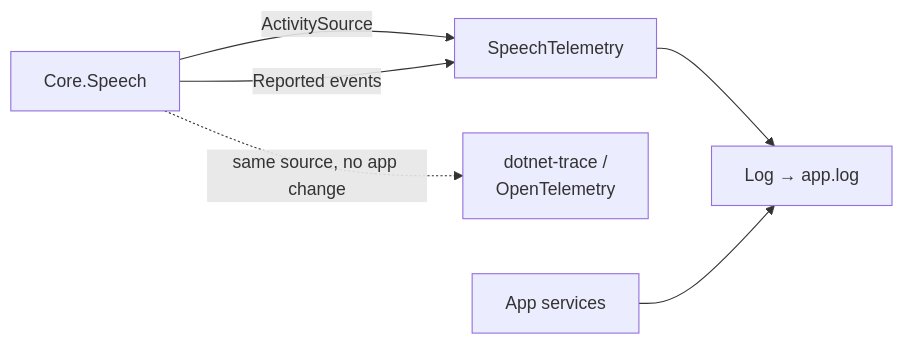
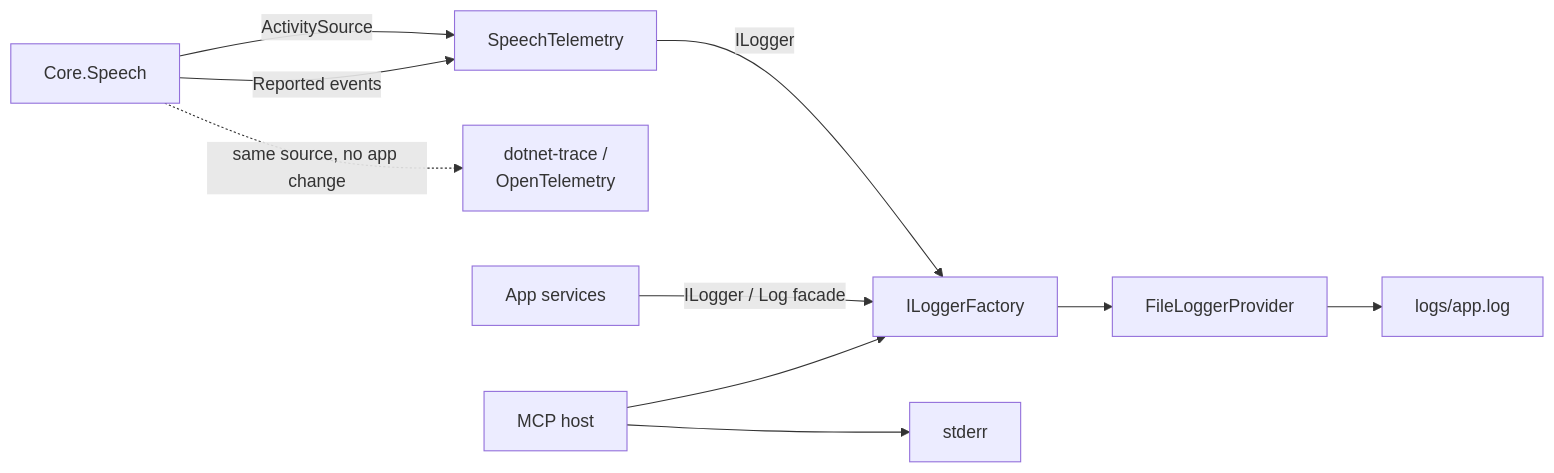
The seventh of 7 diagrams in docs/architecture.md (albigi/SemanticStart), drawn with Mermaid before and after one commit. The commit also changed other lines of this file and 11 other files, not shown here.

Commit message:
Log through ILogger, and acknowledge a dictation press before the engine is ready

````diff
--- a/docs/architecture.md
+++ b/docs/architecture.md
@@ -206,8 +214,11 @@
 ```mermaid
 flowchart LR
     CoreCode["Core.Speech"] -->|"ActivitySource"| Listener["SpeechTelemetry"]
     CoreCode -->|"Reported events"| Listener
-    Listener --> Log["Log → app.log"]
+    Listener -->|"ILogger"| Factory["ILoggerFactory"]
     CoreCode -.->|"same source, no app change"| External["dotnet-trace /<br/>OpenTelemetry"]
-    AppCode["App services"] --> Log
+    AppCode["App services"] -->|"ILogger / Log facade"| Factory
+    McpHost["MCP host"] --> Factory
+    McpHost --> Stderr["stderr"]
+    Factory --> Provider["FileLoggerProvider"] --> File["logs/app.log"]
 ```
````
